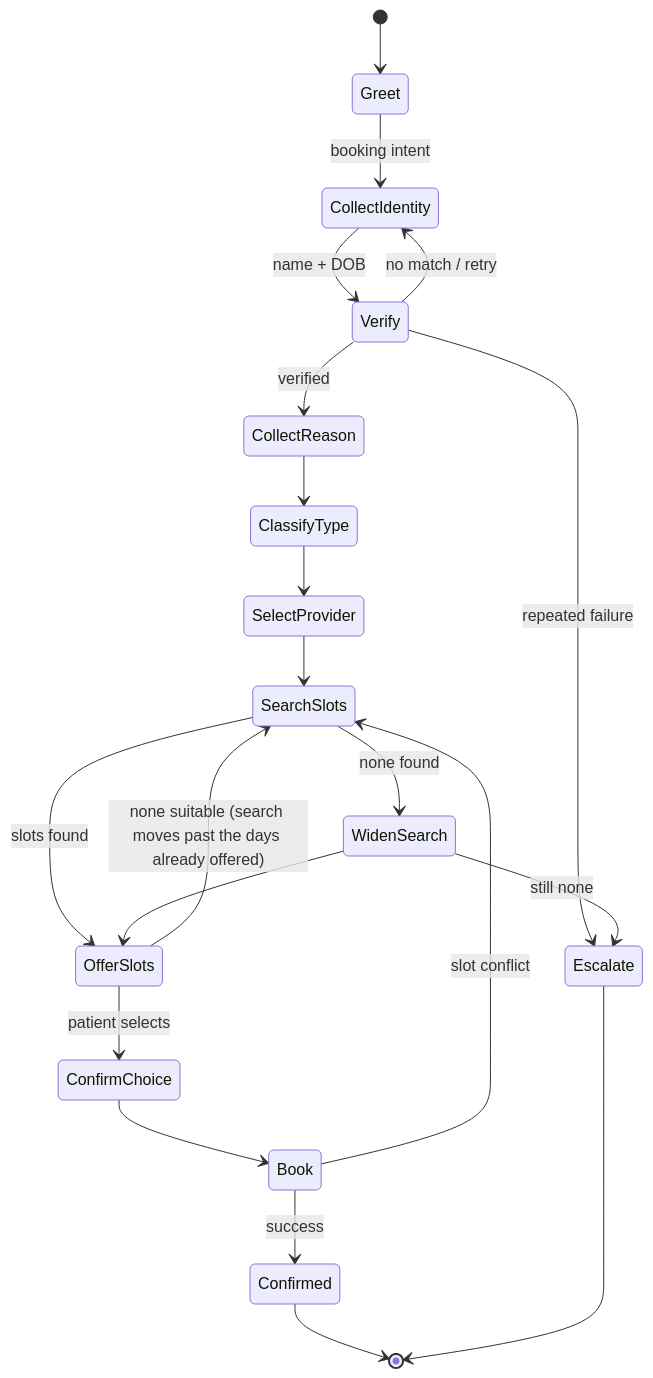
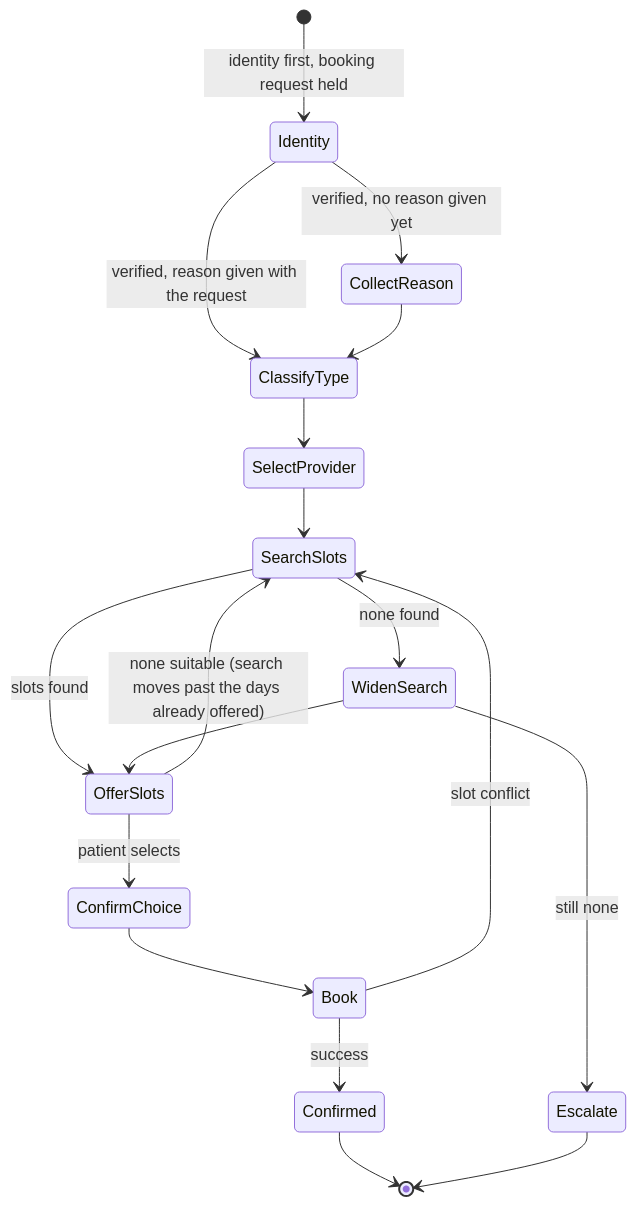
Before and after one commit to Hannan2102/careline-ai: the third of 4 diagrams in docs/call-flows.md, drawn with Mermaid. The commit also changed other lines of this file and 73 other files, not shown here.

````diff
--- a/docs/call-flows.md
+++ b/docs/call-flows.md
@@ -50,23 +108,20 @@
 ```mermaid
 stateDiagram-v2
-  [*] --> Greet
-  Greet --> CollectIdentity: booking intent
-  CollectIdentity --> Verify: name + DOB
-  Verify --> CollectIdentity: no match / retry
-  Verify --> Escalate: repeated failure
-  Verify --> CollectReason: verified
+  [*] --> Identity: identity first, booking request held
+  Identity --> CollectReason: verified, no reason given yet
+  Identity --> ClassifyType: verified, reason given with the request
   CollectReason --> ClassifyType
   ClassifyType --> SelectProvider
   SelectProvider --> SearchSlots
   SearchSlots --> OfferSlots: slots found
   SearchSlots --> WidenSearch: none found
   WidenSearch --> OfferSlots
   WidenSearch --> Escalate: still none
   OfferSlots --> ConfirmChoice: patient selects
   OfferSlots --> SearchSlots: none suitable (search moves past the days already offered)
   ConfirmChoice --> Book
   Book --> Confirmed: success
   Book --> SearchSlots: slot conflict
   Confirmed --> [*]
   Escalate --> [*]
 ```
````
